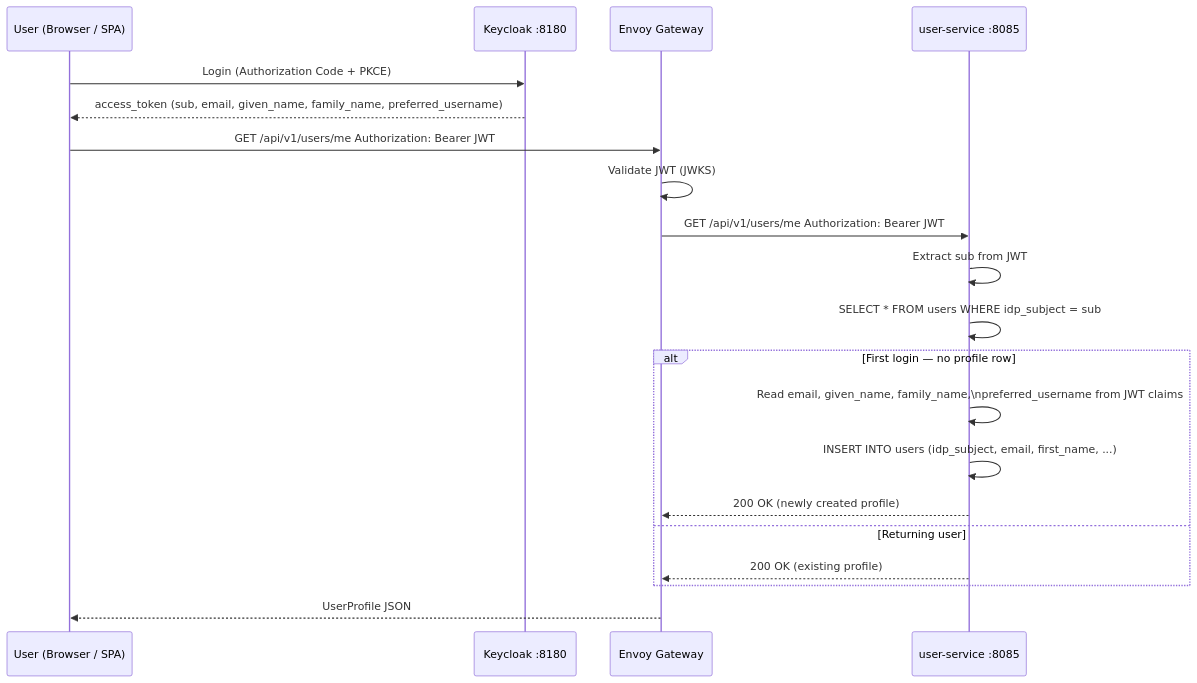
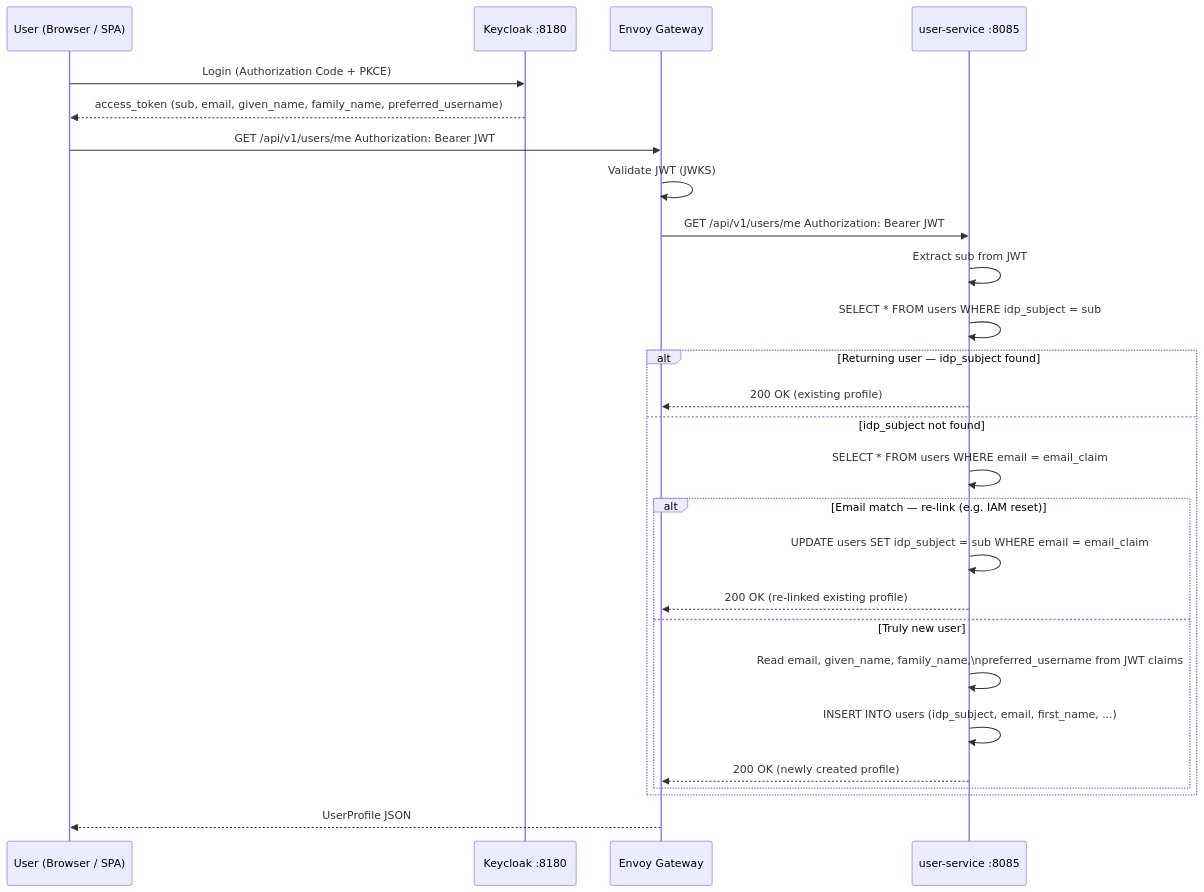
One commit to ricsanfre/spring-microservices-otel-k8s changed the diagram in design/adr-005-user-profile-lazy-registration.md. Above: the diagram before and after it, drawn with Mermaid. The commit also changed other lines of this file and 4 other files, not shown here.

Commit message:
Updating user lazy registration flow to support changes in sub id (keycloak id) when Keycloak DB is reset.

````diff
--- a/design/adr-005-user-profile-lazy-registration.md
+++ b/design/adr-005-user-profile-lazy-registration.md
@@ -45,27 +45,33 @@
 ```mermaid
 sequenceDiagram
     participant U as User (Browser / SPA)
     participant KC as Keycloak :8180
     participant GW as Envoy Gateway
     participant US as user-service :8085
 
     U->>KC: Login (Authorization Code + PKCE)
     KC-->>U: access_token (sub, email, given_name, family_name, preferred_username)
 
     U->>GW: GET /api/v1/users/me  Authorization: Bearer JWT
     GW->>GW: Validate JWT (JWKS)
     GW->>US: GET /api/v1/users/me  Authorization: Bearer JWT
 
     US->>US: Extract sub from JWT
     US->>US: SELECT * FROM users WHERE idp_subject = sub
 
-    alt First login — no profile row
-        US->>US: Read email, given_name, family_name,\npreferred_username from JWT claims
-        US->>US: INSERT INTO users (idp_subject, email, first_name, ...)
-        US-->>GW: 200 OK  (newly created profile)
-    else Returning user
+    alt Returning user — idp_subject found
         US-->>GW: 200 OK  (existing profile)
+    else idp_subject not found
+        US->>US: SELECT * FROM users WHERE email = email_claim
+        alt Email match — re-link (e.g. IAM reset)
+            US->>US: UPDATE users SET idp_subject = sub WHERE email = email_claim
+            US-->>GW: 200 OK  (re-linked existing profile)
+        else Truly new user
+            US->>US: Read email, given_name, family_name,\npreferred_username from JWT claims
+            US->>US: INSERT INTO users (idp_subject, email, first_name, ...)
+            US-->>GW: 200 OK  (newly created profile)
+        end
     end
 
     GW-->>U: UserProfile JSON
 ```
````
